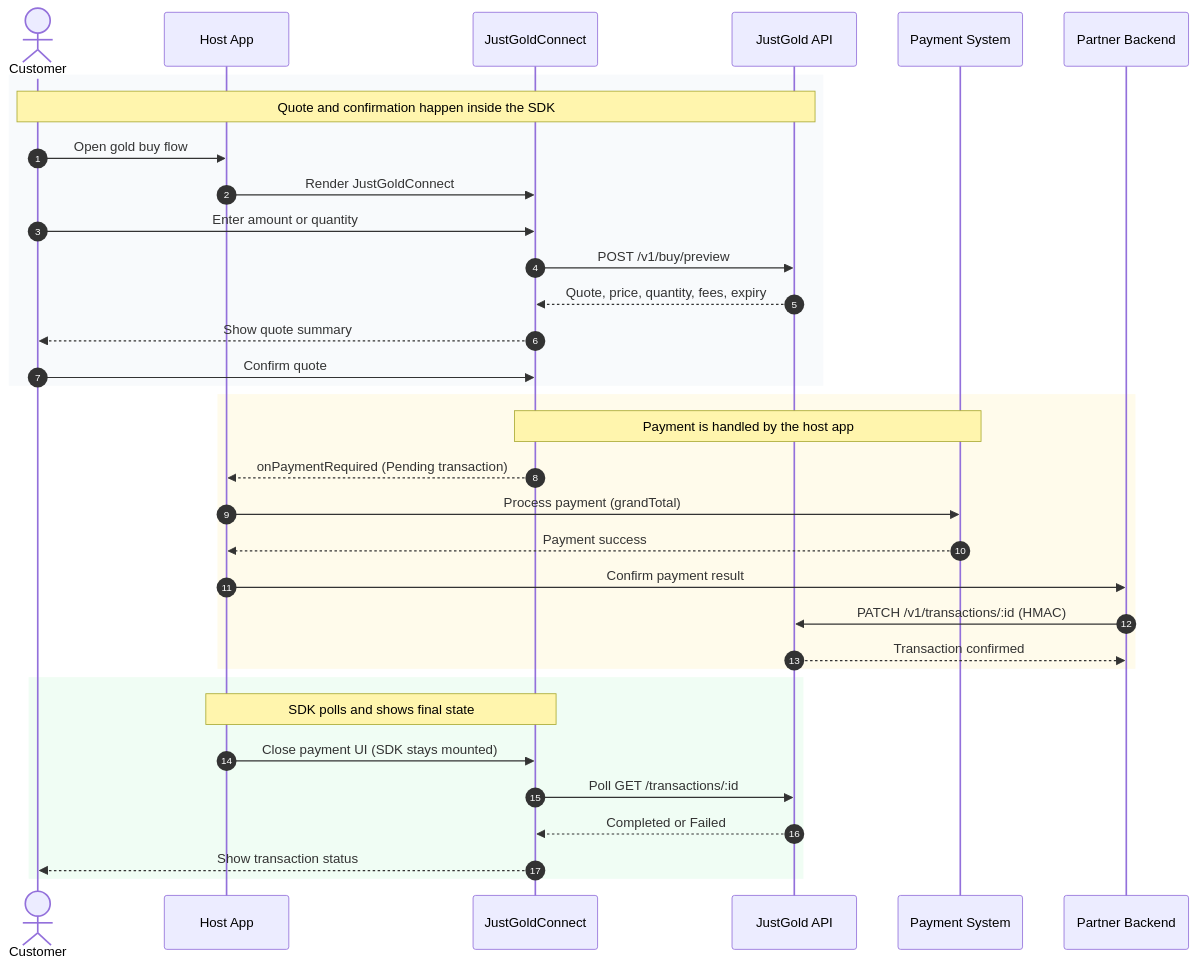
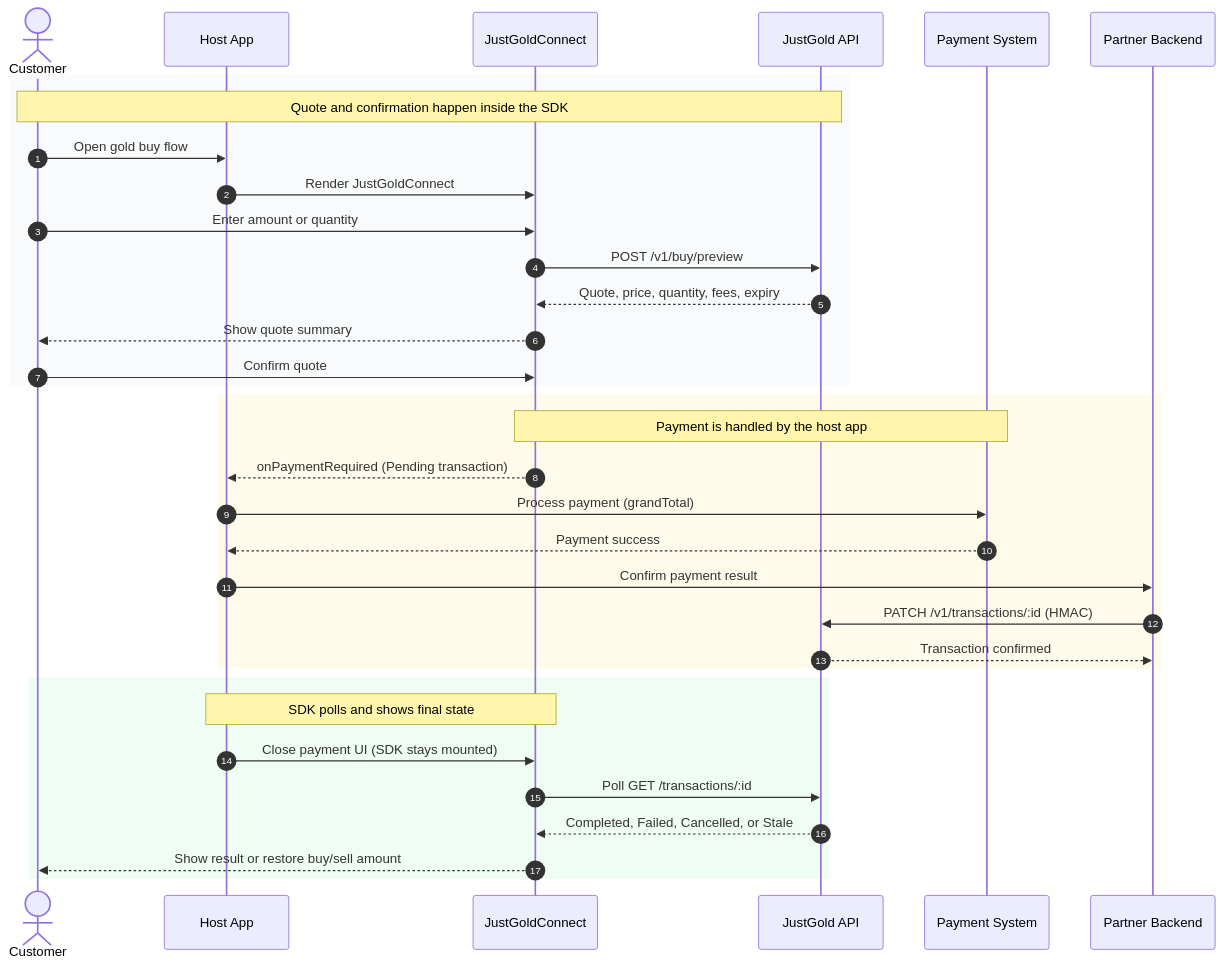
Before and after one commit to Just-Gold-JG/docs: the second of 2 diagrams in sdk/overview.md, drawn with Mermaid. The commit also changed other lines of this file and 6 other files, not shown here.

Commit message:
Update transaction status documentation in webhooks and SDK guides to include 'Stale' and 'Cancelled' statuses. Clarify handling of payment UI and transaction updates for better user experience. Ensure consistency across API and SDK documentation regarding transaction state management.

````diff
--- a/sdk/overview.md
+++ b/sdk/overview.md
@@ -91,39 +91,39 @@
 ```mermaid
 sequenceDiagram
     autonumber
     actor Customer
     participant Host as Host App
     participant SDK as JustGoldConnect
     participant JG as JustGold API
     participant Pay as Payment System
     participant Backend as Partner Backend
 
     rect rgb(248, 250, 252)
         Note over Customer,JG: Quote and confirmation happen inside the SDK
         Customer->>Host: Open gold buy flow
         Host->>SDK: Render JustGoldConnect
         Customer->>SDK: Enter amount or quantity
         SDK->>JG: POST /v1/buy/preview
         JG-->>SDK: Quote, price, quantity, fees, expiry
         SDK-->>Customer: Show quote summary
         Customer->>SDK: Confirm quote
     end
 
     rect rgb(255, 251, 235)
         Note over SDK,Pay: Payment is handled by the host app
         SDK-->>Host: onPaymentRequired (Pending transaction)
         Host->>Pay: Process payment (grandTotal)
         Pay-->>Host: Payment success
         Host->>Backend: Confirm payment result
         Backend->>JG: PATCH /v1/transactions/:id (HMAC)
         JG-->>Backend: Transaction confirmed
     end
 
     rect rgb(240, 253, 244)
         Note over Host,SDK: SDK polls and shows final state
         Host->>SDK: Close payment UI (SDK stays mounted)
         SDK->>JG: Poll GET /transactions/:id
-        JG-->>SDK: Completed or Failed
-        SDK-->>Customer: Show transaction status
+        JG-->>SDK: Completed, Failed, Cancelled, or Stale
+        SDK-->>Customer: Show result or restore buy/sell amount
     end
 ```
````
